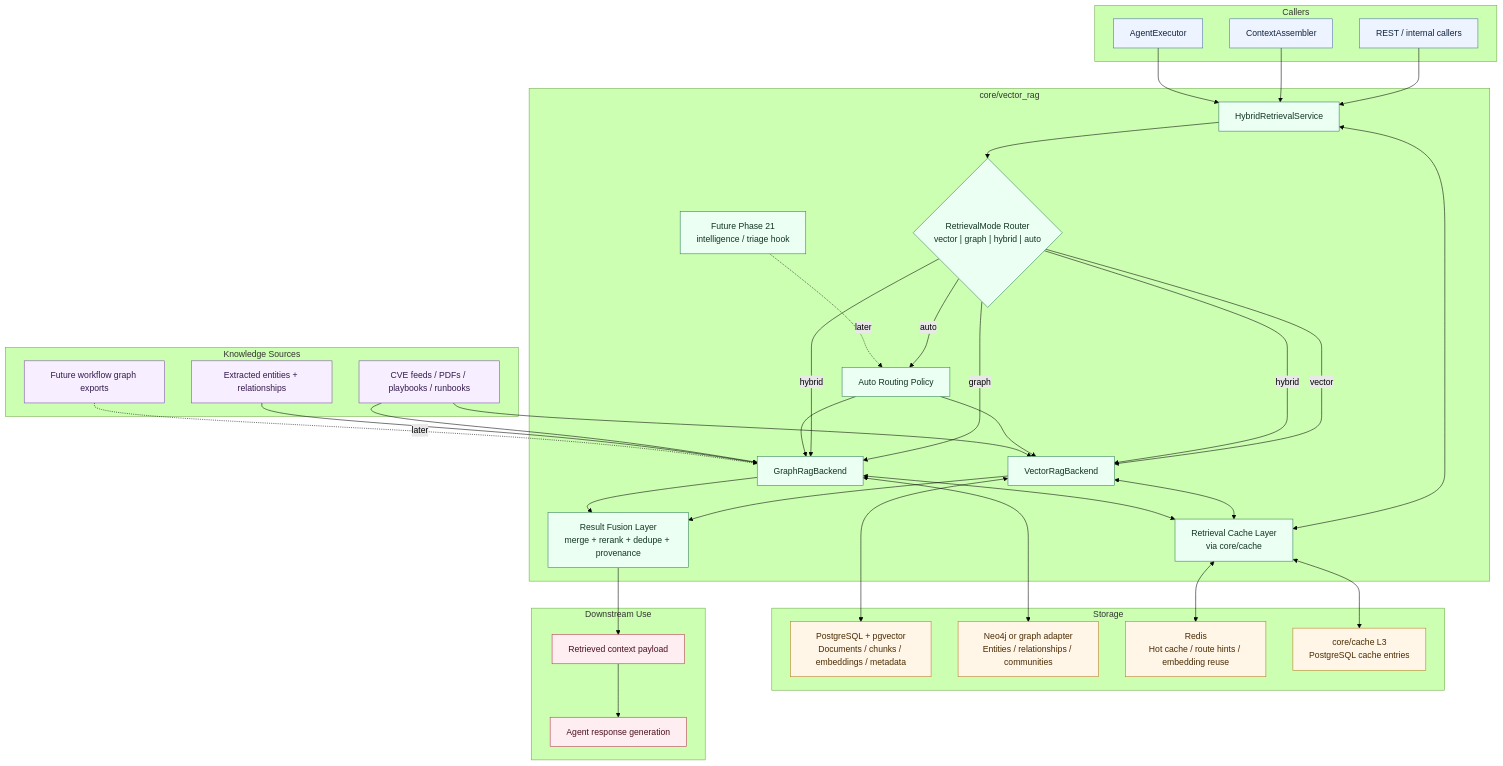
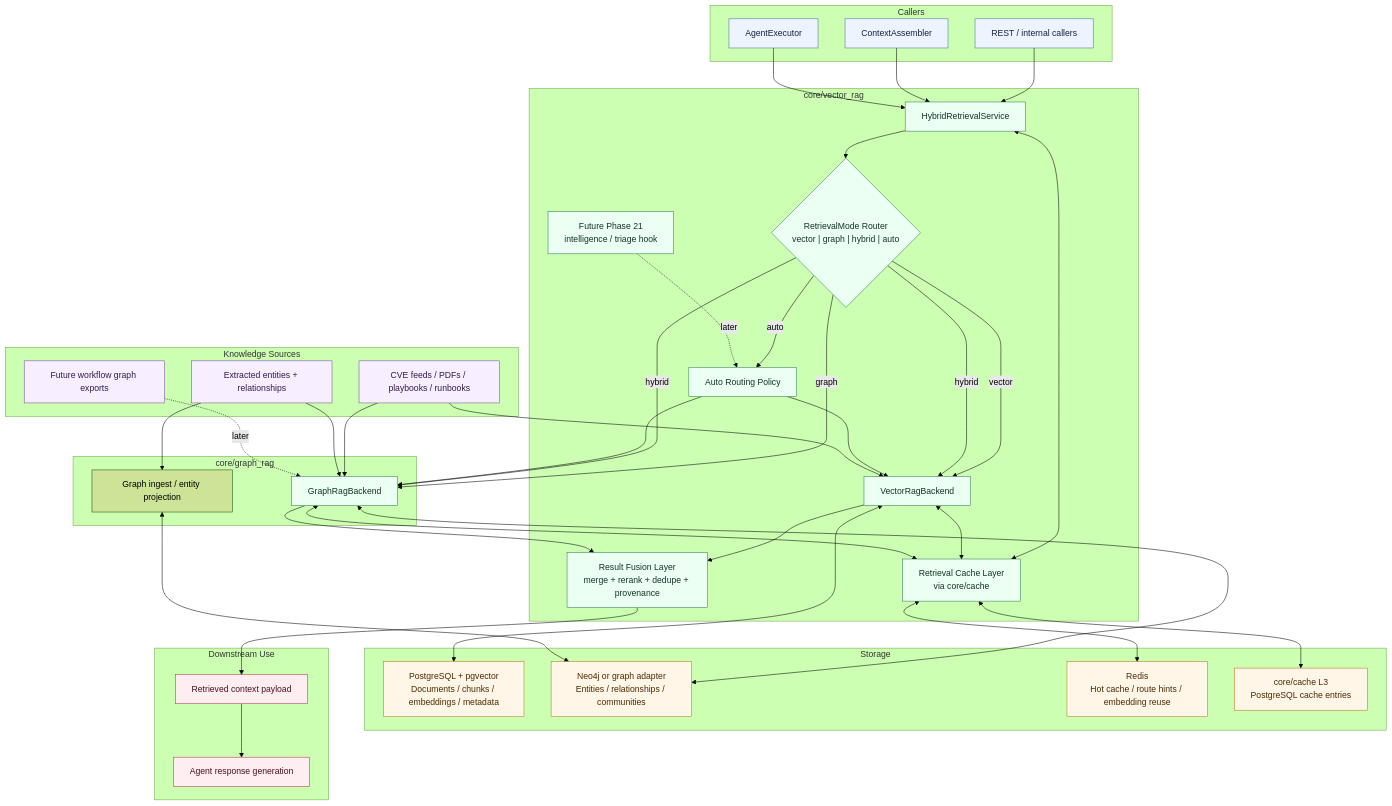
One commit to DCx7C5/cybersecsuite changed the diagram in .plan/architecture/rag-knowledgebase.md. Above: the diagram before and after it, drawn with Mermaid (forest theme). The commit also changed other lines of this file and 39 other files, not shown here.

Commit message:
docs: align planning with MCP, SIEM, and local transport architecture

```diff
--- a/.plan/architecture/rag-knowledgebase.md
+++ b/.plan/architecture/rag-knowledgebase.md
@@ -30,15 +34,19 @@
         Agent["AgentExecutor"]
     end
 
-    subgraph Core["core/vector_rag"]
+    subgraph VectorCore["core/vector_rag"]
         HRS["HybridRetrievalService"]
         Router{"RetrievalMode Router\nvector | graph | hybrid | auto"}
         Policy["Auto Routing Policy"]
         Future["Future Phase 21\nintelligence / triage hook"]
         Cache["Retrieval Cache Layer\nvia core/cache"]
         Vec["VectorRagBackend"]
+        Fusion["Result Fusion Layer\nmerge + rerank + dedupe + provenance"]
+    end
+
+    subgraph GraphCore["core/graph_rag"]
         Graph["GraphRagBackend"]
-        Fusion["Result Fusion Layer\nmerge + rerank + dedupe + provenance"]
+        GraphIngest["Graph ingest / entity projection"]
     end
 
     subgraph Storage["Storage"]
@@ -79,12 +87,14 @@
     Docs --> Vec
     Docs --> Graph
     Entities --> Graph
+    Entities --> GraphIngest
     Workflow -.later.-> Graph
 
     Vec <--> Cache
     Graph <--> Cache
     Vec <--> PG
     Graph <--> Neo
+    GraphIngest <--> Neo
     Cache <--> Redis
     Cache <--> CachePG
 
```
